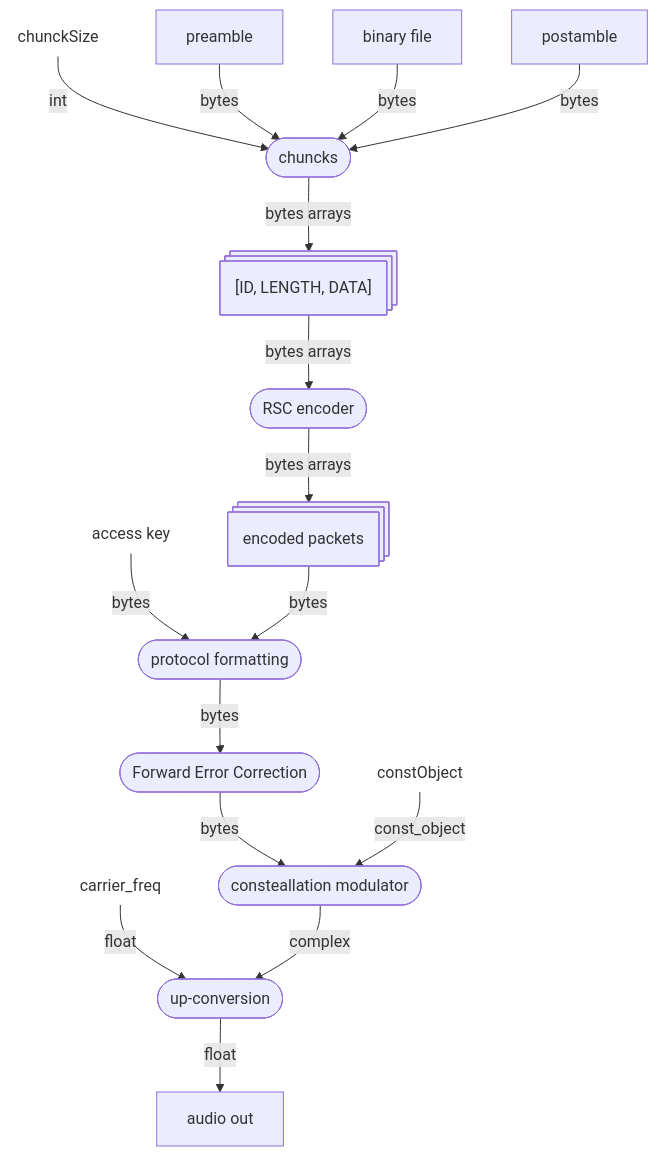
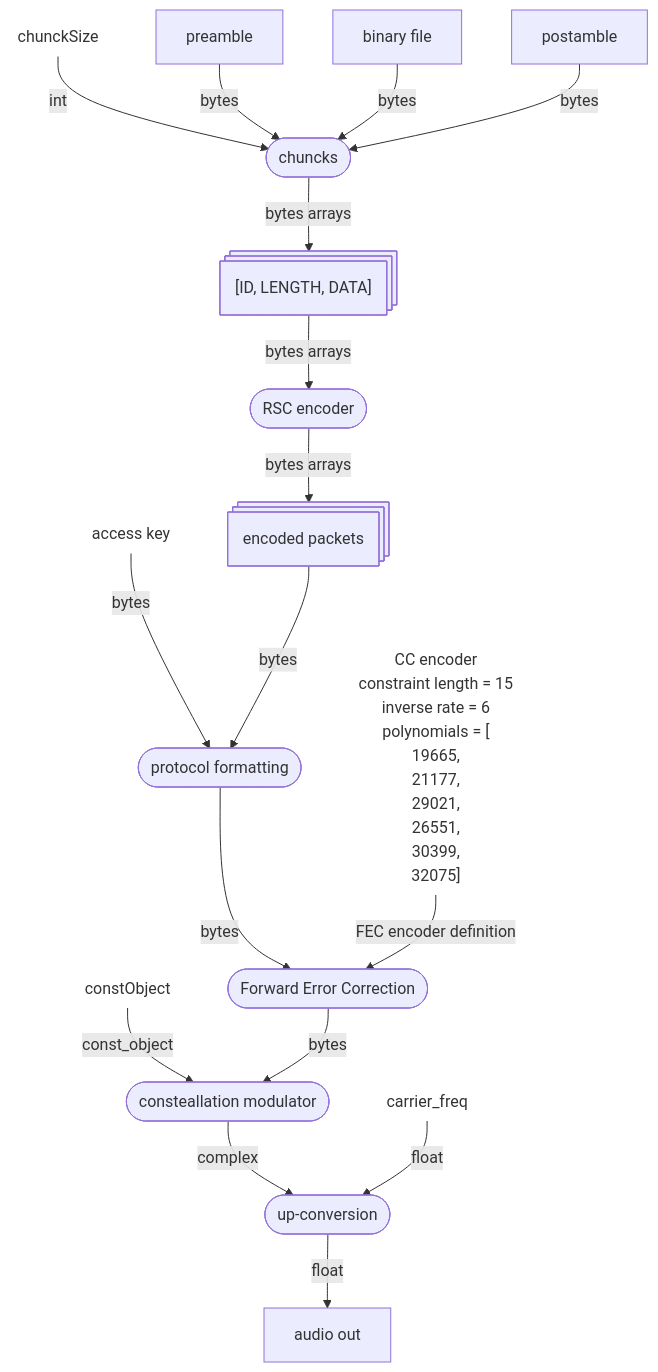
The first of 3 diagrams in architecture.md (BimBim134/vibe-audioModem), drawn with Mermaid before and after one commit.

Commit message:
added CC encoder definition in the diagram

````diff
--- a/architecture.md
+++ b/architecture.md
@@ -2,33 +2,47 @@
 ```mermaid
 flowchart TD
     binary[binary file]
     chunckSize@{shape: text}
     chuncks([chuncks])
     packet@{shape: procs, label: "[ID, LENGTH, DATA]"}
     encoder([RSC encoder])
     encoded_packet@{shape: procs, label: "encoded packets"}
     protocol([protocol formatting])
     access@{shape: text, label: access key}
     FEC([Forward Error Correction])
+
+    CCencoder["`CC encoder
+    constraint length = 15
+    inverse rate = 6
+    polynomials = [
+        19665,
+        21177,
+        29021,
+        26551,
+        30399,
+        32075]`"]
+    CCencoder@{shape: text}
+
     constObject@{shape: text}
     const_mod([consteallation modulator])
     carrier_freq@{shape: text}
     upconvert([up-conversion])
     audio[audio out]
 
     chunckSize -- int --> chuncks
     preamble -- bytes --> chuncks
     binary -- bytes --> chuncks
     postamble -- bytes --> chuncks
     chuncks -- bytes arrays --> packet
     packet -- bytes arrays --> encoder
     encoder -- bytes arrays --> encoded_packet
     access -- bytes --> protocol
     encoded_packet -- bytes --> protocol
     protocol -- bytes --> FEC
+    constObject -- const_object --> const_mod
+    CCencoder -- FEC encoder definition --> FEC
     FEC -- bytes --> const_mod
-    constObject -- const_object --> const_mod
+    const_mod -- complex --> upconvert
     carrier_freq -- float --> upconvert
-    const_mod -- complex --> upconvert
     upconvert -- float --> audio
 ```
````
